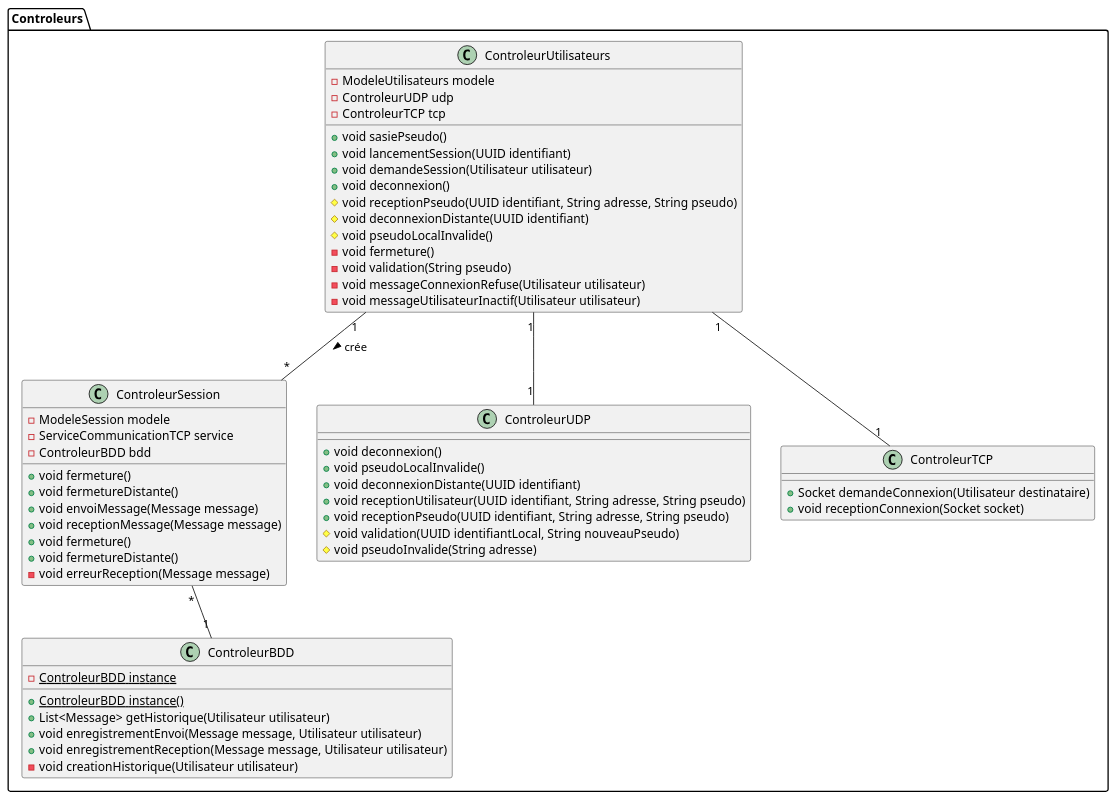
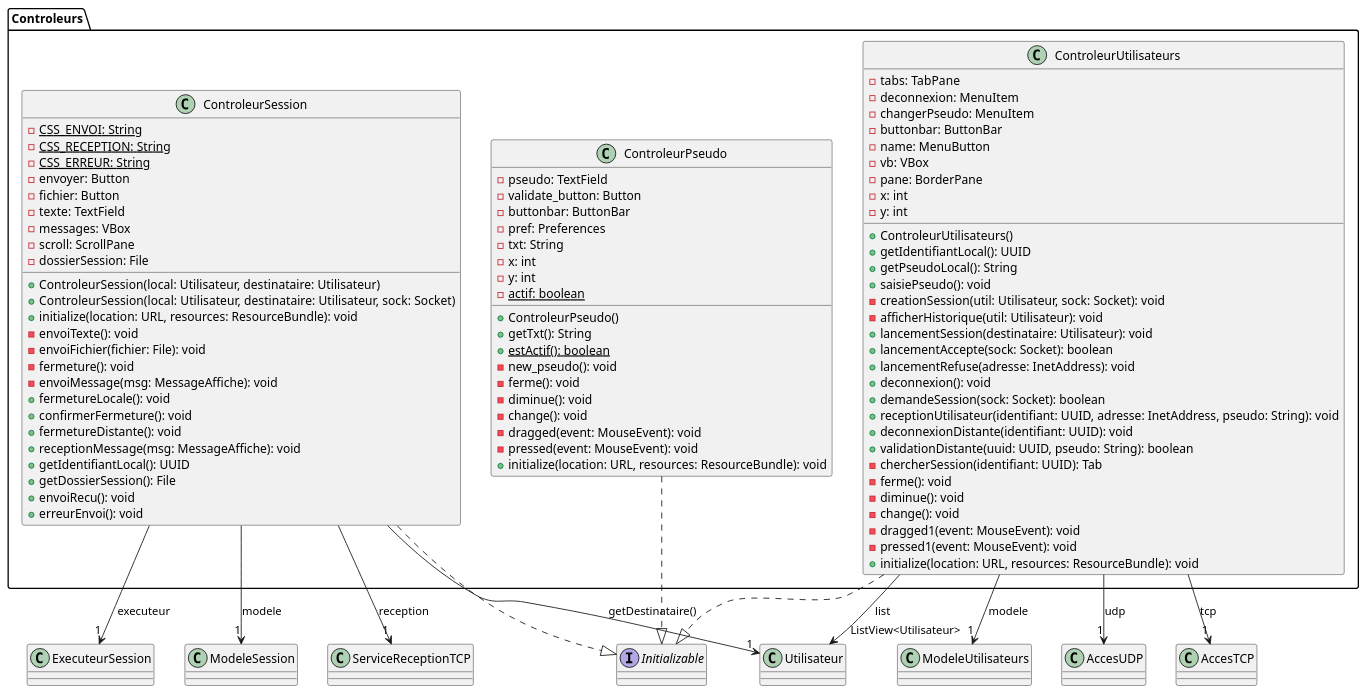
Before and after one commit to arc-hugo/clavardage_uml: the diagram in classe/controleurs.wsd, drawn with PlantUML. The commit also changed 19 other files, not shown here.

Commit message:
version finale des diagrammes

```diff
--- a/classe/controleurs.wsd
+++ b/classe/controleurs.wsd
@@ -1,59 +1,95 @@
 @startuml controleurs
-package "Controleurs" {    
-    class ControleurUtilisateurs {        
-        - ModeleUtilisateurs modele
-        - ControleurUDP udp
-        - ControleurTCP tcp
-        + void sasiePseudo()
-        + void lancementSession(UUID identifiant)
-        + void demandeSession(Utilisateur utilisateur)
-        + void deconnexion()
-        # void receptionPseudo(UUID identifiant, String adresse, String pseudo)
-        # void deconnexionDistante(UUID identifiant)
-        # void pseudoLocalInvalide()
-        - void fermeture()
-        - void validation(String pseudo)
-        - void messageConnexionRefuse(Utilisateur utilisateur)        
-        - void messageUtilisateurInactif(Utilisateur utilisateur)    
-    }    
-    class ControleurSession {        
-        - ModeleSession modele
-        - ServiceCommunicationTCP service
-        - ControleurBDD bdd
-        + void fermeture()
-        + void fermetureDistante()
-        + void envoiMessage(Message message)
-        + void receptionMessage(Message message)
-        + void fermeture()
-        + void fermetureDistante()
-        - void erreurReception(Message message)    
-    }    
-    class ControleurUDP {
-        + void deconnexion()
-        + void pseudoLocalInvalide()
-        + void deconnexionDistante(UUID identifiant)
-        + void receptionUtilisateur(UUID identifiant, String adresse, String pseudo)
-        + void receptionPseudo(UUID identifiant, String adresse, String pseudo)
-        # void validation(UUID identifiantLocal, String nouveauPseudo)
-        # void pseudoInvalide(String adresse)
-    }    
-    class ControleurTCP {        
-        + Socket demandeConnexion(Utilisateur destinataire)
-        + void receptionConnexion(Socket socket)
-    }
-    class ControleurBDD {
-        - {static} ControleurBDD instance
-        + {static} ControleurBDD instance()
-        + List<Message> getHistorique(Utilisateur utilisateur)
-        + void enregistrementEnvoi(Message message, Utilisateur utilisateur)        
-        + void enregistrementReception(Message message, Utilisateur utilisateur)
-        - void creationHistorique(Utilisateur utilisateur)
-    }
-
-    ControleurUtilisateurs "1" -- "1" ControleurUDP
-    ControleurUtilisateurs "1" -- "1" ControleurTCP
-    ControleurUtilisateurs "1" -- "*" ControleurSession : crée >
-
-    ControleurSession "*" -- "1" ControleurBDD
+interface Initializable {
 }
+package Controleurs {
+   class ControleurPseudo [[java:gei.barralberry.clavardage.controleurs.ControleurPseudo]] {
+	 -pseudo: TextField
+	 -validate_button: Button
+	 -buttonbar: ButtonBar
+	 -pref: Preferences
+	 -txt: String
+	 -x: int
+	 -y: int
+	 -{static} actif: boolean
+	 +ControleurPseudo()
+	 +getTxt(): String
+	 +{static} estActif(): boolean
+	 -new_pseudo(): void
+	 -ferme(): void
+	 -diminue(): void
+	 -change(): void
+	 -dragged(event: MouseEvent): void
+	 -pressed(event: MouseEvent): void
+	 +initialize(location: URL, resources: ResourceBundle): void
+   }
+   class ControleurSession [[java:gei.barralberry.clavardage.controleurs.ControleurSession]] {
+         -{static} CSS_ENVOI: String
+	 -{static} CSS_RECEPTION: String
+	 -{static} CSS_ERREUR: String
+	 -envoyer: Button
+	 -fichier: Button
+	 -texte: TextField
+	 -messages: VBox
+	 -scroll: ScrollPane
+	 -dossierSession: File
+	 +ControleurSession(local: Utilisateur, destinataire: Utilisateur)
+	 +ControleurSession(local: Utilisateur, destinataire: Utilisateur, sock: Socket)
+	 +initialize(location: URL, resources: ResourceBundle): void
+	 -envoiTexte(): void
+	 -envoiFichier(fichier: File): void
+	 -fermeture(): void
+	 -envoiMessage(msg: MessageAffiche): void
+	 +fermetureLocale(): void
+	 +confirmerFermeture(): void
+	 +fermetureDistante(): void
+	 +receptionMessage(msg: MessageAffiche): void
+	 +getIdentifiantLocal(): UUID
+	 +getDossierSession(): File
+	 +envoiRecu(): void
+	 +erreurEnvoi(): void
+   }
+   class ControleurUtilisateurs [[java:gei.barralberry.clavardage.controleurs.ControleurUtilisateurs]] {
+	 -tabs: TabPane
+	 -deconnexion: MenuItem
+	 -changerPseudo: MenuItem
+	 -buttonbar: ButtonBar
+	 -name: MenuButton
+	 -vb: VBox
+	 -pane: BorderPane
+	 -x: int
+	 -y: int
+	 +ControleurUtilisateurs()
+	 +getIdentifiantLocal(): UUID
+	 +getPseudoLocal(): String
+	 +saisiePseudo(): void
+	 -creationSession(util: Utilisateur, sock: Socket): void
+	 -afficherHistorique(util: Utilisateur): void
+	 +lancementSession(destinataire: Utilisateur): void
+	 +lancementAccepte(sock: Socket): boolean
+	 +lancementRefuse(adresse: InetAddress): void
+	 +deconnexion(): void
+	 +demandeSession(sock: Socket): boolean
+	 +receptionUtilisateur(identifiant: UUID, adresse: InetAddress, pseudo: String): void
+	 +deconnexionDistante(identifiant: UUID): void
+	 +validationDistante(uuid: UUID, pseudo: String): boolean
+	 -chercherSession(identifiant: UUID): Tab
+	 -ferme(): void
+	 -diminue(): void
+	 -change(): void
+	 -dragged1(event: MouseEvent): void
+	 -pressed1(event: MouseEvent): void
+	 +initialize(location: URL, resources: ResourceBundle): void
+   }
+}
+ControleurUtilisateurs ..|> Initializable
+ControleurSession ..|> Initializable
+ControleurPseudo ..|> Initializable
+ControleurUtilisateurs --> "ListView<Utilisateur>" Utilisateur : list
+ControleurUtilisateurs --> "1" ModeleUtilisateurs : modele
+ControleurUtilisateurs --> "1" AccesUDP : udp
+ControleurUtilisateurs --> "1" AccesTCP : tcp
+ControleurSession --> "1" ModeleSession : modele
+ControleurSession --> "1" ServiceReceptionTCP : reception
+ControleurSession --> "1" ExecuteurSession : executeur
+ControleurSession --> "1" Utilisateur : getDestinataire()
 @enduml
```
